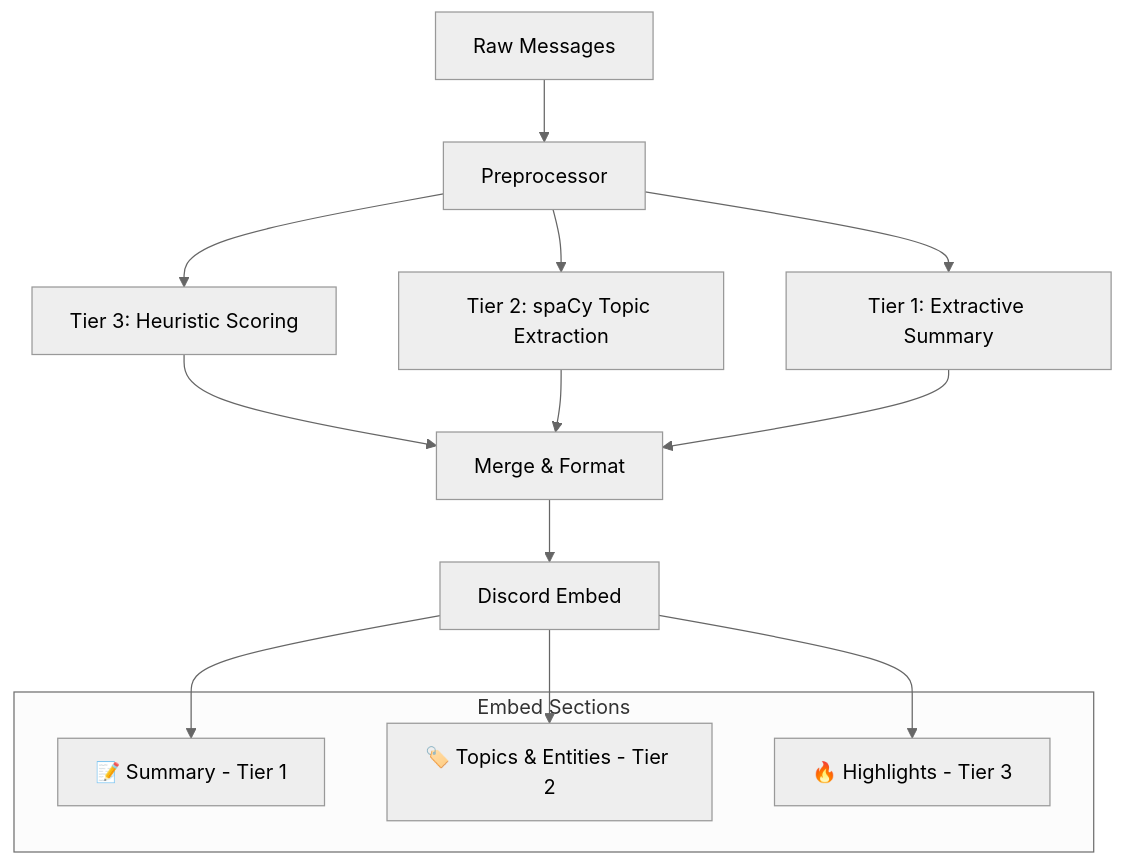
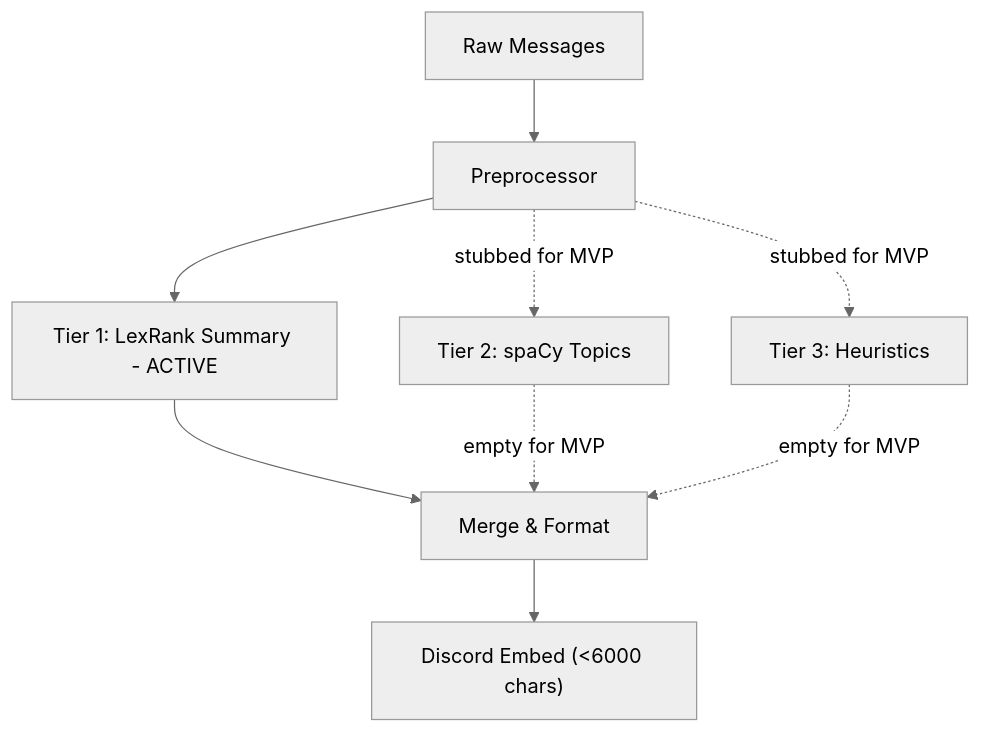
One commit to jdrews/dailybriefbot changed the fifth of 6 diagrams in docs/architecture.md. Above: the diagram before and after it, drawn with Mermaid (neutral theme). The commit also changed other lines of this file, not shown here.

Commit message:
Refine architecture documentation and update summarization pipeline details for MVP

````diff
--- a/docs/architecture.md
+++ b/docs/architecture.md
@@ -183,22 +180,12 @@
 ```mermaid
 flowchart TD
     RAW[Raw Messages] --> PRE[Preprocessor]
-    PRE --> T3[Tier 3: Heuristic Scoring]
-    PRE --> T2[Tier 2: spaCy Topic Extraction]
-    PRE --> T1[Tier 1: Extractive Summary]
+    PRE --> T1[Tier 1: LexRank Summary - ACTIVE]
+    PRE -.->|stubbed for MVP| T2[Tier 2: spaCy Topics]
+    PRE -.->|stubbed for MVP| T3[Tier 3: Heuristics]
 
-    T3 --> MERGE[Merge & Format]
-    T2 --> MERGE
-    T1 --> MERGE
-    MERGE --> EMBED["Discord Embed"]
-
-    subgraph "Embed Sections"
-        S1["📝 Summary - Tier 1"]
-        S2["🏷️ Topics & Entities - Tier 2"]
-        S3["🔥 Highlights - Tier 3"]
-    end
-
-    EMBED --> S1
-    EMBED --> S2
-    EMBED --> S3
+    T1 --> MERGE[Merge & Format]
+    T2 -.->|empty for MVP| MERGE
+    T3 -.->|empty for MVP| MERGE
+    MERGE --> EMBED["Discord Embed (<6000 chars)"]
 ```
````
